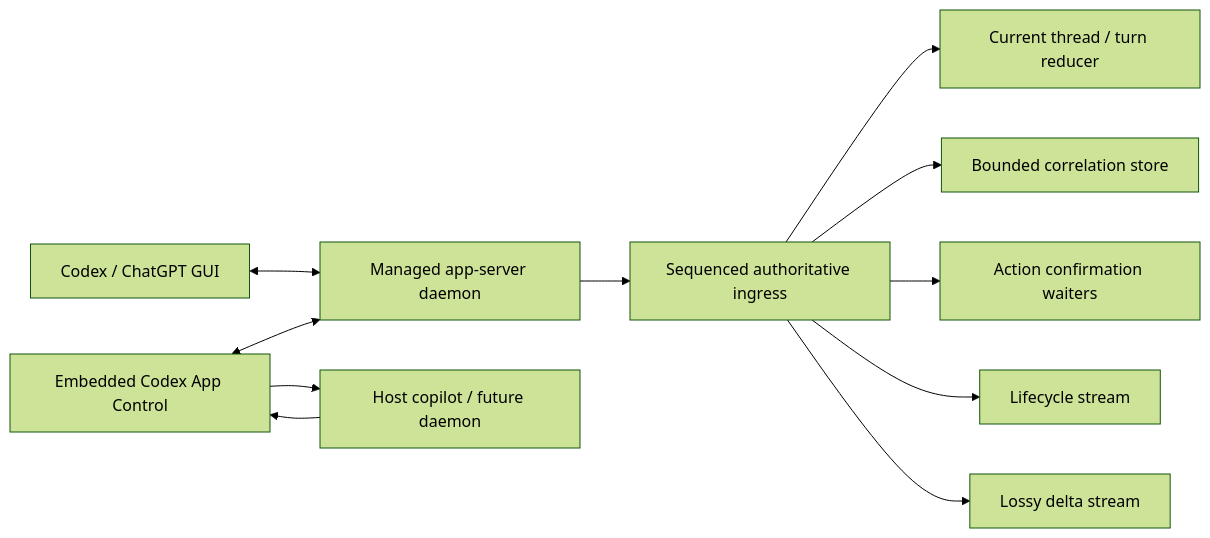
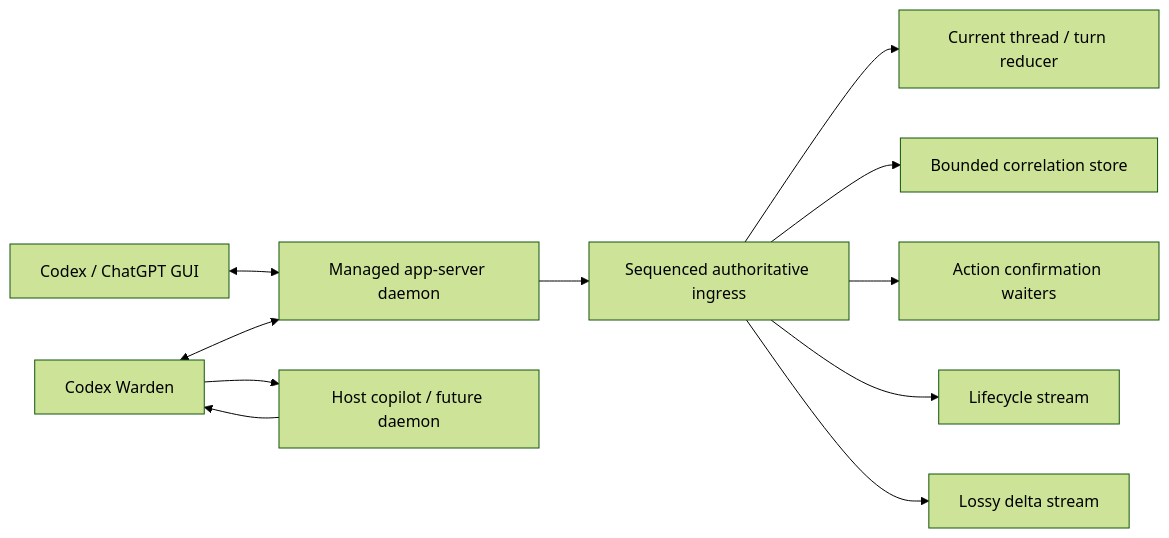
Before and after one commit to RPD123-byte/CodexWarden: the diagram in README.md, drawn with Mermaid (forest theme). The commit also changed other lines of this file, not shown here.

````diff
--- a/README.md
+++ b/README.md
@@ -54,13 +77,13 @@
 ```mermaid
 flowchart LR
     GUI["Codex / ChatGPT GUI"] <--> DAEMON["Managed app-server daemon"]
-    LIB["Embedded Codex App Control"] <--> DAEMON
+    LIB["Codex Warden"] <--> DAEMON
     DAEMON --> INGRESS["Sequenced authoritative ingress"]
     INGRESS --> REDUCER["Current thread / turn reducer"]
     INGRESS --> STORE["Bounded correlation store"]
     INGRESS --> WAITERS["Action confirmation waiters"]
     INGRESS --> LIFE["Lifecycle stream"]
     INGRESS --> DELTA["Lossy delta stream"]
     HOST["Host copilot / future daemon"] --> LIB
     LIB --> HOST
 ```
````
